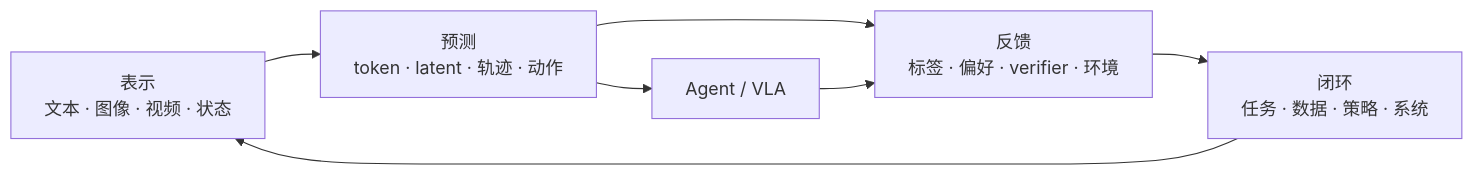
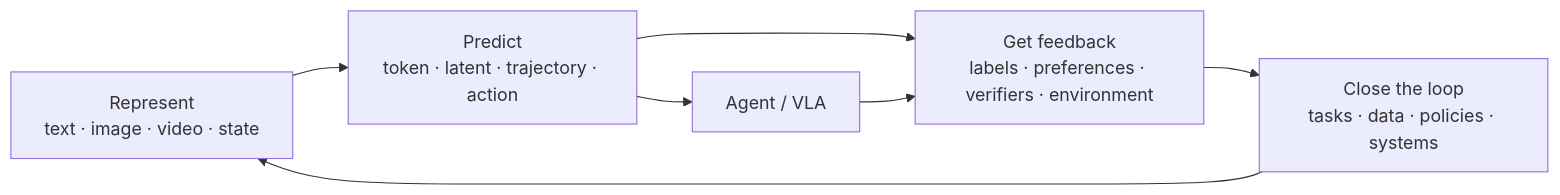
Before and after one commit to charliememory/agi-frontier: the diagram in docs/map/index.md, drawn with Mermaid. The commit also changed other lines of this file and 14 other files, not shown here.

````diff
--- a/docs/map/index.md
+++ b/docs/map/index.md
@@ -5,9 +5,9 @@
 ```mermaid
 flowchart LR
-  A[表示\n文本 · 图像 · 视频 · 状态] --> B[预测\ntoken · latent · 轨迹 · 动作]
-  B --> C[反馈\n标签 · 偏好 · verifier · 环境]
-  C --> D[闭环\n任务 · 数据 · 策略 · 系统]
+  A[Represent\ntext · image · video · state] --> B[Predict\ntoken · latent · trajectory · action]
+  B --> C[Get feedback\nlabels · preferences · verifiers · environment]
+  C --> D[Close the loop\ntasks · data · policies · systems]
   D --> A
   B --> E[Agent / VLA]
   E --> C
 ```
````
